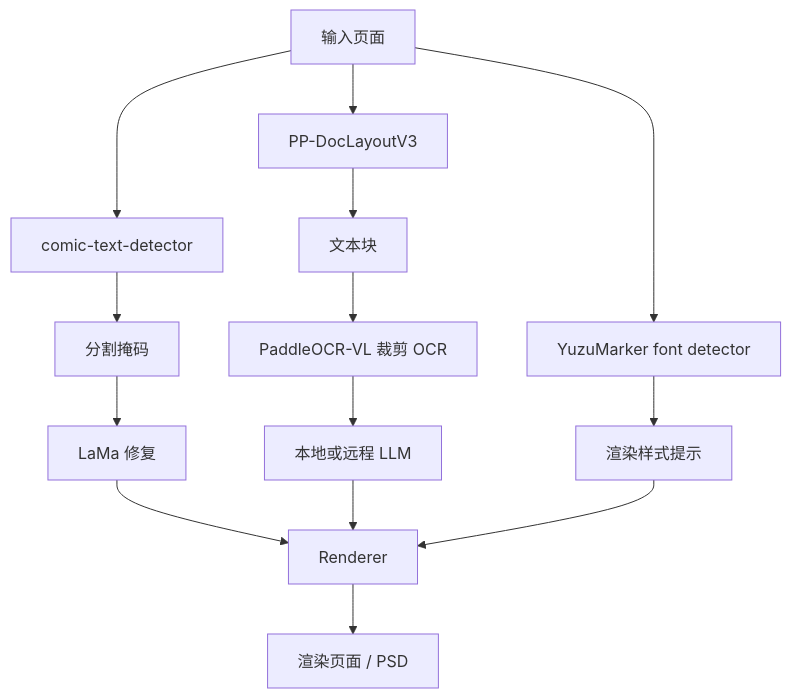
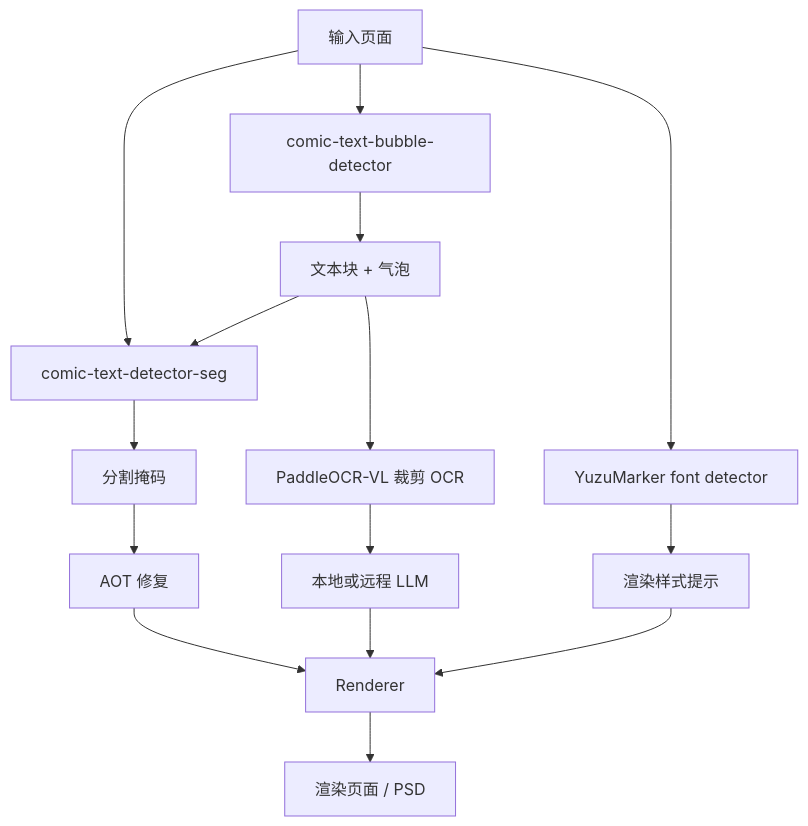
Before and after one commit to mayocream/koharu: the first of 2 diagrams in docs/zh-CN/explanation/technical-deep-dive.md, drawn with Mermaid. The commit also changed other lines of this file and 12 other files, not shown here.

````diff
--- a/docs/zh-CN/explanation/technical-deep-dive.md
+++ b/docs/zh-CN/explanation/technical-deep-dive.md
@@ -11,16 +11,17 @@
 ```mermaid
 flowchart TD
-    A[输入页面] --> B[PP-DocLayoutV3]
-    A --> C[comic-text-detector]
-    B --> D[文本块]
+    A[输入页面] --> B[comic-text-bubble-detector]
+    A --> C[comic-text-detector-seg]
+    B --> D[文本块 + 气泡]
     C --> E[分割掩码]
     A --> F[YuzuMarker font detector]
+    D --> C
     D --> G[PaddleOCR-VL 裁剪 OCR]
-    E --> H[LaMa 修复]
+    E --> H[AOT 修复]
     G --> I[本地或远程 LLM]
     F --> J[渲染样式提示]
     H --> K[Renderer]
     I --> K
     J --> K
     K --> L[渲染页面 / PSD]
 ```
````
